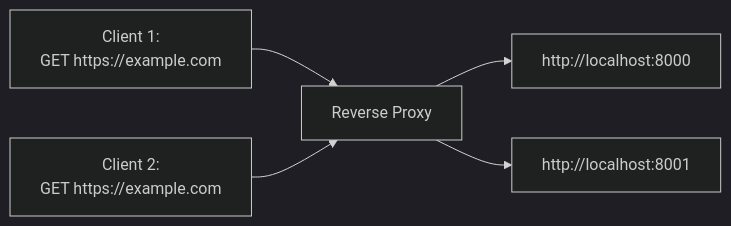
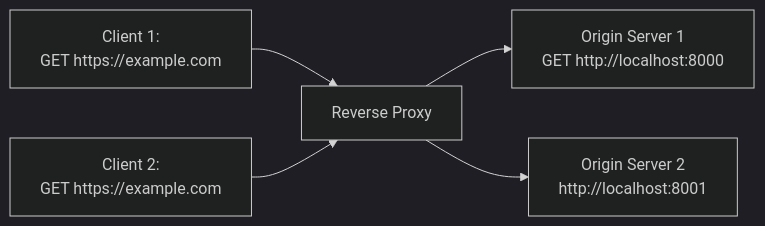
One commit to samuel871211/yusheng-tech-blog changed the second of 5 diagrams in docs/nodejs/http_proxy.md. Above: the diagram before and after it, drawn with Mermaid (dark theme). The commit also changed other lines of this file, not shown here.

Commit message:
http 0305 ing

````diff
--- a/docs/nodejs/http_proxy.md
+++ b/docs/nodejs/http_proxy.md
@@ -26,7 +26,7 @@
 ```mermaid
 flowchart LR
   A["Client 1:<br/>GET https://example.com"] --> B[Reverse Proxy]
   C["Client 2:<br/>GET https://example.com"] --> B
-  B --> D["http://localhost:8000"]
-  B --> E["http://localhost:8001"]
+  B --> D["Origin Server 1<br/>GET http://localhost:8000"]
+  B --> E["Origin Server 2<br/>http://localhost:8001"]
 ```
````
